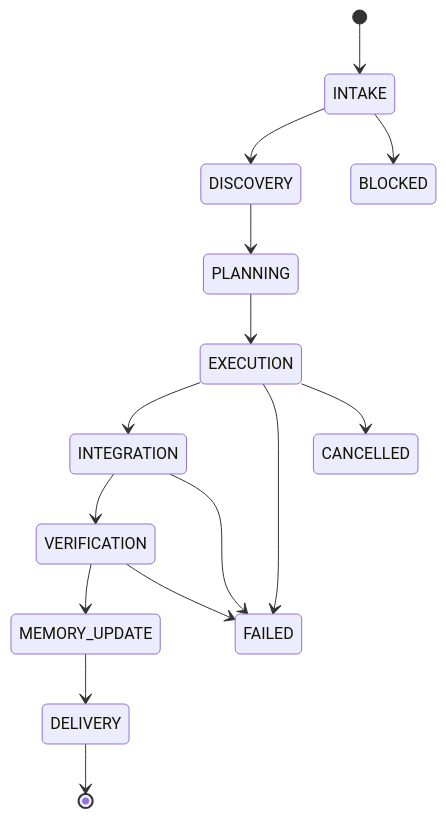
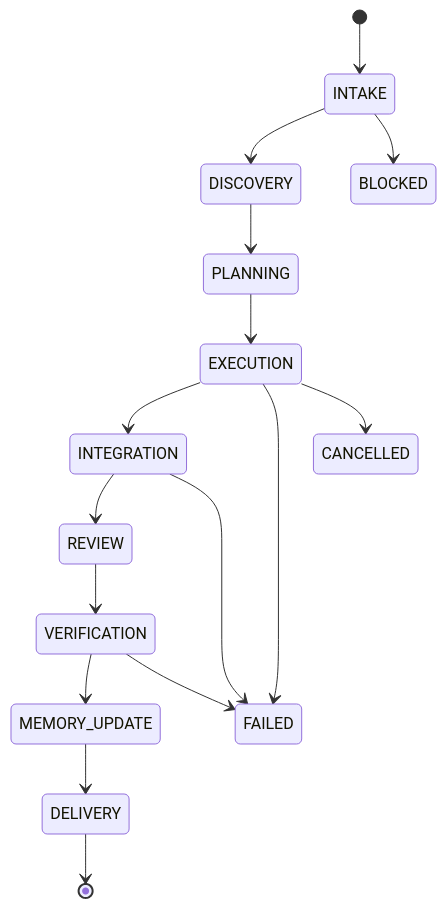
The second of 2 diagrams in distribution/.squad/README.md (ExperienceQuality/xq-squad), drawn with Mermaid before and after one commit. The commit also changed other lines of this file and 18 other files, not shown here.

````diff
--- a/distribution/.squad/README.md
+++ b/distribution/.squad/README.md
@@ -169,17 +171,18 @@
 ```mermaid
 stateDiagram-v2
     [*] --> INTAKE
     INTAKE --> DISCOVERY
     DISCOVERY --> PLANNING
     PLANNING --> EXECUTION
     EXECUTION --> INTEGRATION
-    INTEGRATION --> VERIFICATION
+    INTEGRATION --> REVIEW
+    REVIEW --> VERIFICATION
     VERIFICATION --> MEMORY_UPDATE
     MEMORY_UPDATE --> DELIVERY
     DELIVERY --> [*]
     INTAKE --> BLOCKED
     EXECUTION --> FAILED
     INTEGRATION --> FAILED
     VERIFICATION --> FAILED
     EXECUTION --> CANCELLED
 ```
````
